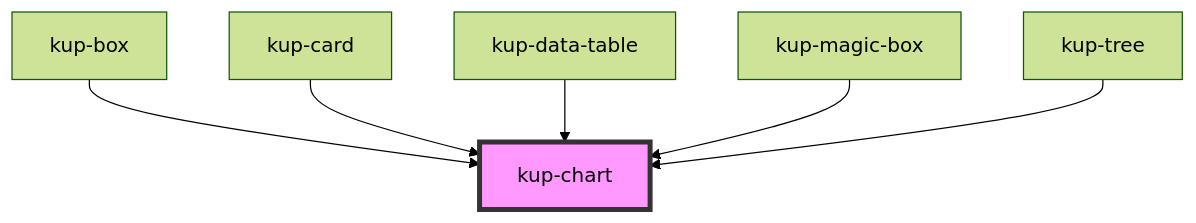
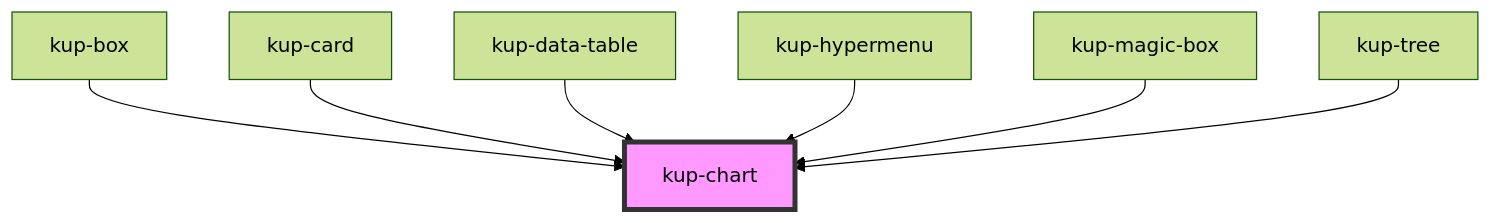
The diagram in packages/ketchup/src/components/kup-chart/readme.md (smeup/ketch.up), drawn with Mermaid (forest theme) before and after one commit. The commit also changed other lines of this file and 25 other files, not shown here.

````diff
--- a/packages/ketchup/src/components/kup-chart/readme.md
+++ b/packages/ketchup/src/components/kup-chart/readme.md
@@ -92,9 +93,10 @@
 ```mermaid
 graph TD;
   kup-box --> kup-chart
   kup-card --> kup-chart
   kup-data-table --> kup-chart
+  kup-hypermenu --> kup-chart
   kup-magic-box --> kup-chart
   kup-tree --> kup-chart
   style kup-chart fill:#f9f,stroke:#333,stroke-width:4px
 ```
````
